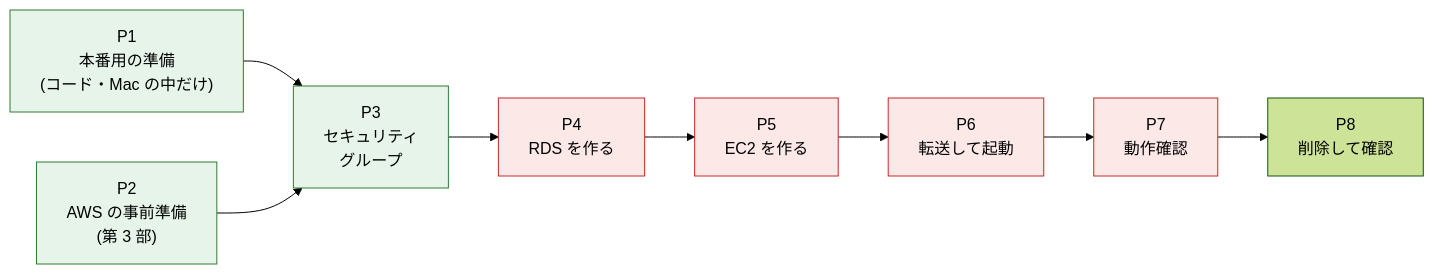
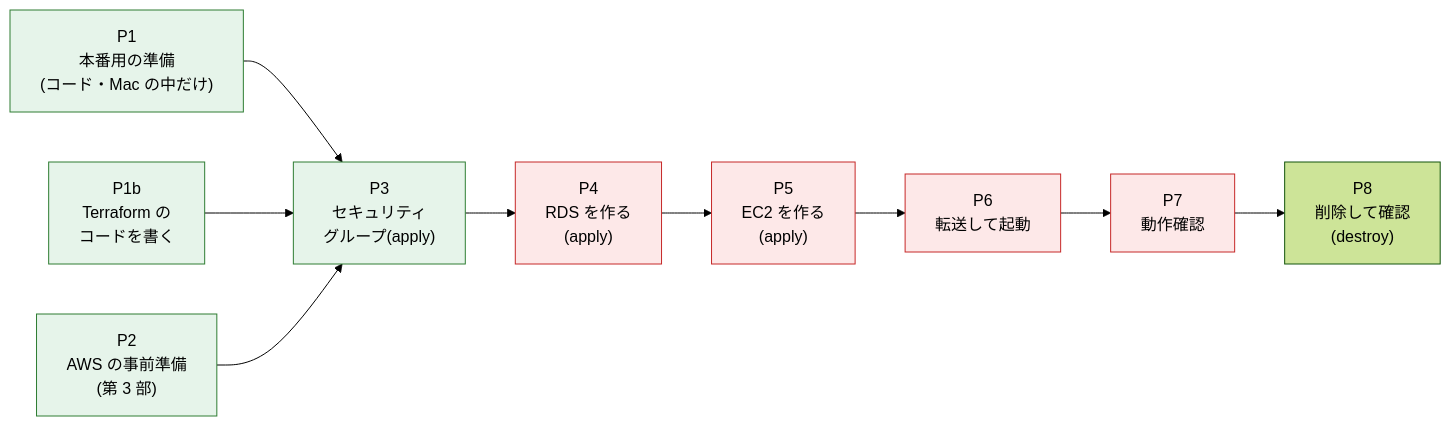
Before and after one commit to takeuchikoutagg/skill-map: the fifth of 6 diagrams in docs/07-デプロイガイド.md, drawn with Mermaid (forest theme). The commit also changed other lines of this file and 1 other file, not shown here.

First line of the commit message:
Rework docs/06, docs/07 for Terraform-based AWS provisioning

````diff
--- a/docs/07-デプロイガイド.md
+++ b/docs/07-デプロイガイド.md
@@ -492,20 +518,22 @@
 ```mermaid
 flowchart LR
     P1["P1<br/>本番用の準備<br/>(コード・Mac の中だけ)"]
+    P1b["P1b<br/>Terraform の<br/>コードを書く"]
     P2["P2<br/>AWS の事前準備<br/>(第 3 部)"]
-    P3["P3<br/>セキュリティ<br/>グループ"]
-    P4["P4<br/>RDS を作る"]
-    P5["P5<br/>EC2 を作る"]
+    P3["P3<br/>セキュリティ<br/>グループ(apply)"]
+    P4["P4<br/>RDS を作る<br/>(apply)"]
+    P5["P5<br/>EC2 を作る<br/>(apply)"]
     P6["P6<br/>転送して起動"]
     P7["P7<br/>動作確認"]
-    P8["P8<br/>削除して確認"]
+    P8["P8<br/>削除して確認<br/>(destroy)"]
 
     P1 --> P3
+    P1b --> P3
     P2 --> P3
     P3 --> P4 --> P5 --> P6 --> P7 --> P8
 
     classDef free fill:#e6f4ea,stroke:#2e7d32
     classDef cost fill:#fde8e8,stroke:#c62828
-    class P1,P2,P3 free
+    class P1,P1b,P2,P3 free
     class P4,P5,P6,P7 cost
 ```
````
